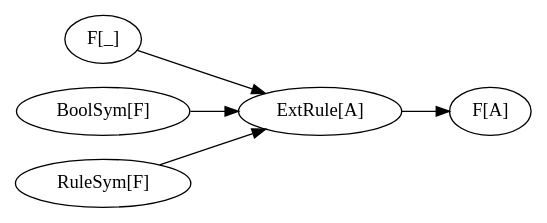
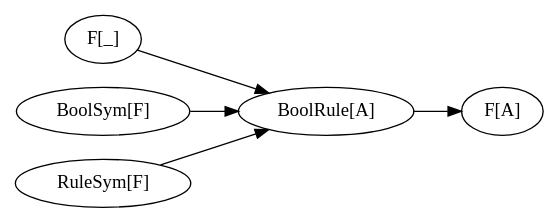
The diagram in src/main/graphviz/rulesym-extrule.dot (nrinaudo/dsl-tagless), drawn with Graphviz before and after one commit. The commit also changed 21 other files, not shown here.

Commit message:
Rename ExtRule to BoolRule

```diff
--- a/src/main/graphviz/rulesym-extrule.dot
+++ b/src/main/graphviz/rulesym-extrule.dot
@@ -1,13 +1,13 @@
 digraph {
     rankdir=LR
     F[label="F[_]"]
     BoolSym[label="BoolSym[F]"]
     RuleSym[label="RuleSym[F]"]
-    Rule[label="ExtRule[A]" class="choice"]
+    Rule[label="BoolRule[A]" class="choice"]
     FA[label="F[A]"]
 
     F -> Rule
     BoolSym -> Rule
     RuleSym -> Rule
     Rule -> FA
 }
```
